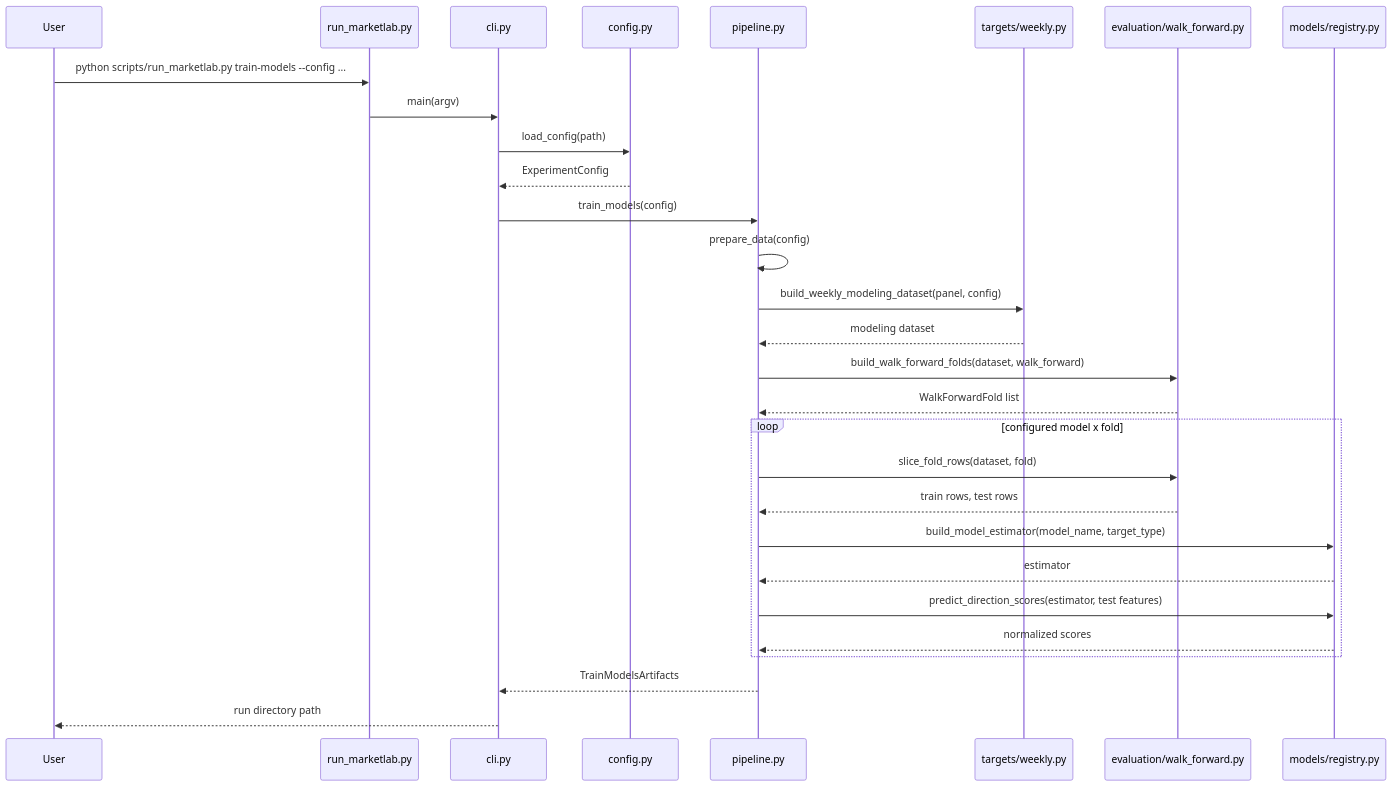
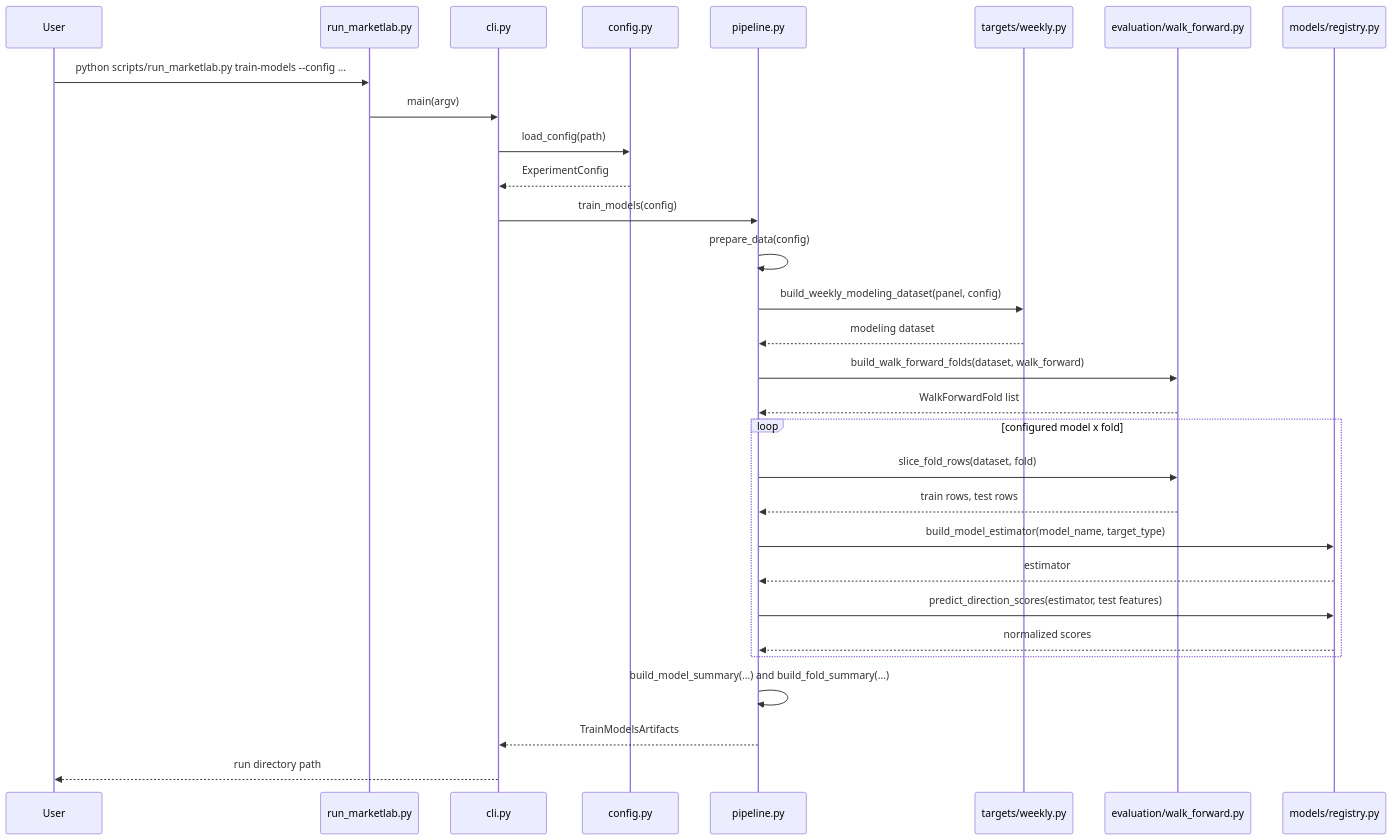
One commit to ricardogr07/market-lab changed the third of 4 diagrams in ARCHITECTURE.md. Above: the diagram before and after it, drawn with Mermaid. The commit also changed other lines of this file and 2 other files, not shown here.

````diff
--- a/ARCHITECTURE.md
+++ b/ARCHITECTURE.md
@@ -137,34 +143,35 @@
 ```mermaid
 sequenceDiagram
     participant U as User
     participant L as run_marketlab.py
     participant C as cli.py
     participant CFG as config.py
     participant P as pipeline.py
     participant T as targets/weekly.py
     participant E as evaluation/walk_forward.py
     participant M as models/registry.py
 
     U->>L: python scripts/run_marketlab.py train-models --config ...
     L->>C: main(argv)
     C->>CFG: load_config(path)
     CFG-->>C: ExperimentConfig
     C->>P: train_models(config)
     P->>P: prepare_data(config)
     P->>T: build_weekly_modeling_dataset(panel, config)
     T-->>P: modeling dataset
     P->>E: build_walk_forward_folds(dataset, walk_forward)
     E-->>P: WalkForwardFold list
 
     loop configured model x fold
         P->>E: slice_fold_rows(dataset, fold)
         E-->>P: train rows, test rows
         P->>M: build_model_estimator(model_name, target_type)
         M-->>P: estimator
-        P->>M: predict_direction_scores(estimator, test features)
-        M-->>P: normalized scores
+    P->>M: predict_direction_scores(estimator, test features)
+    M-->>P: normalized scores
     end
 
+    P->>P: build_model_summary(...) and build_fold_summary(...)
     P-->>C: TrainModelsArtifacts
     C-->>U: run directory path
 ```
````
